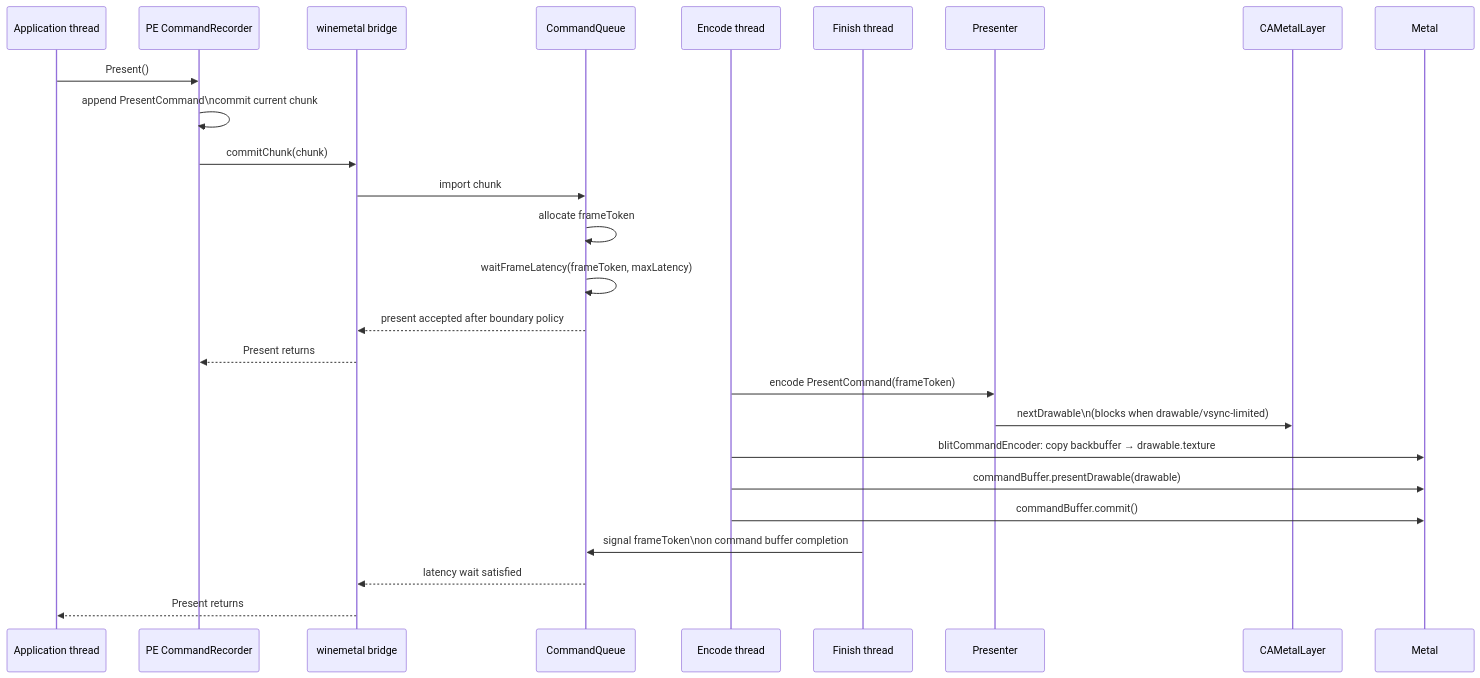
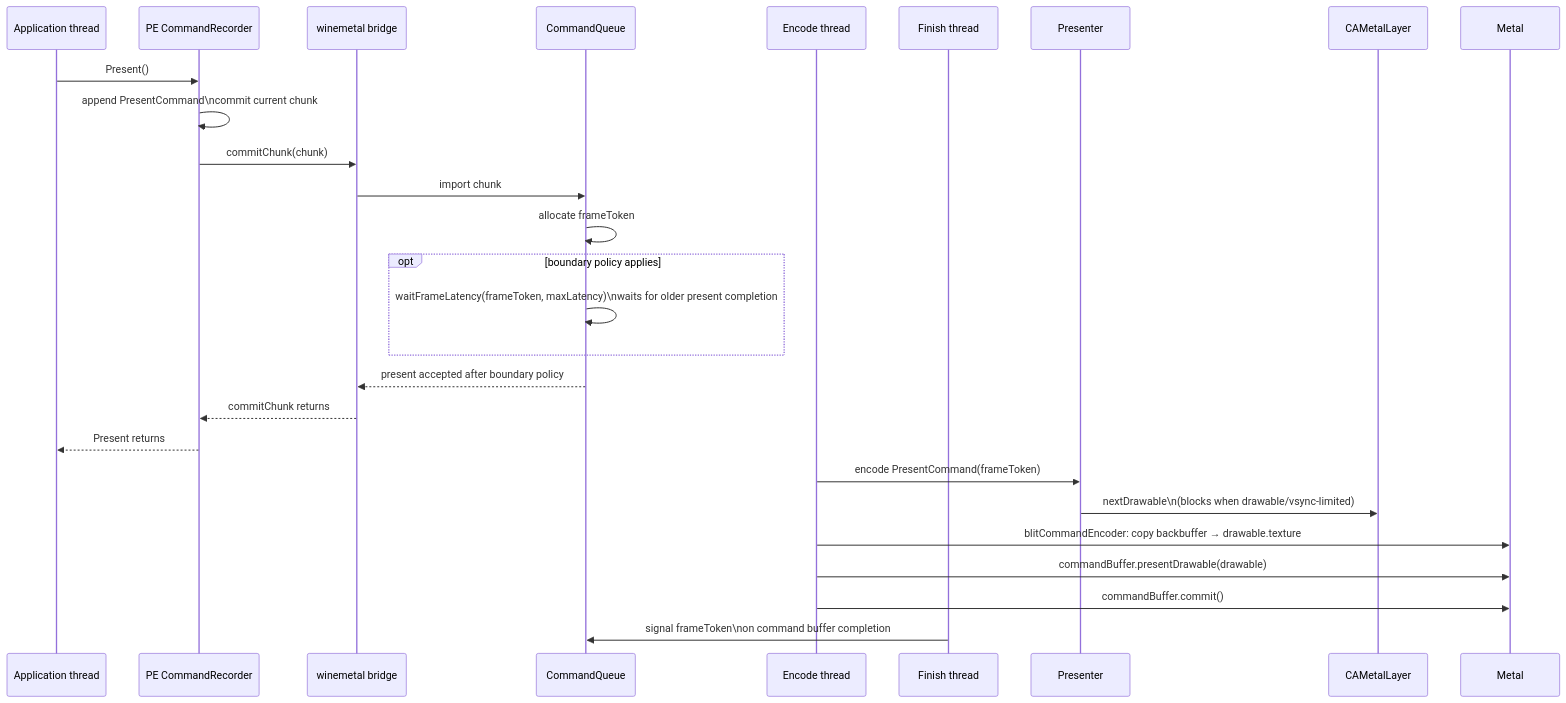
The tenth of 11 diagrams in specs/backend/design.md (dfdgsdfg/dxmt9), drawn with Mermaid before and after one commit. The commit also changed other lines of this file and 7 other files, not shown here.

````diff
--- a/specs/backend/design.md
+++ b/specs/backend/design.md
@@ -358,30 +358,31 @@
 ```mermaid
 sequenceDiagram
     participant App as Application thread
     participant Rec as PE CommandRecorder
     participant BR as winemetal bridge
     participant CQ as CommandQueue
     participant ET as Encode thread
     participant FT as Finish thread
     participant PR as Presenter
     participant CL as CAMetalLayer
     participant MTL as Metal
 
     App->>Rec: Present()
     Rec->>Rec: append PresentCommand\ncommit current chunk
     Rec->>BR: commitChunk(chunk)
     BR->>CQ: import chunk
     CQ->>CQ: allocate frameToken
-    CQ->>CQ: waitFrameLatency(frameToken, maxLatency)
+    opt boundary policy applies
+        CQ->>CQ: waitFrameLatency(frameToken, maxLatency)\nwaits for older present completion
+    end
     CQ-->>BR: present accepted after boundary policy
-    BR-->>Rec: Present returns
+    BR-->>Rec: commitChunk returns
+    Rec-->>App: Present returns
 
     ET->>PR: encode PresentCommand(frameToken)
     PR->>CL: nextDrawable\n(blocks when drawable/vsync-limited)
     ET->>MTL: blitCommandEncoder: copy backbuffer → drawable.texture
     ET->>MTL: commandBuffer.presentDrawable(drawable)
     ET->>MTL: commandBuffer.commit()
     FT->>CQ: signal frameToken\non command buffer completion
-    CQ-->>BR: latency wait satisfied
-    BR-->>App: Present returns
 ```
````
